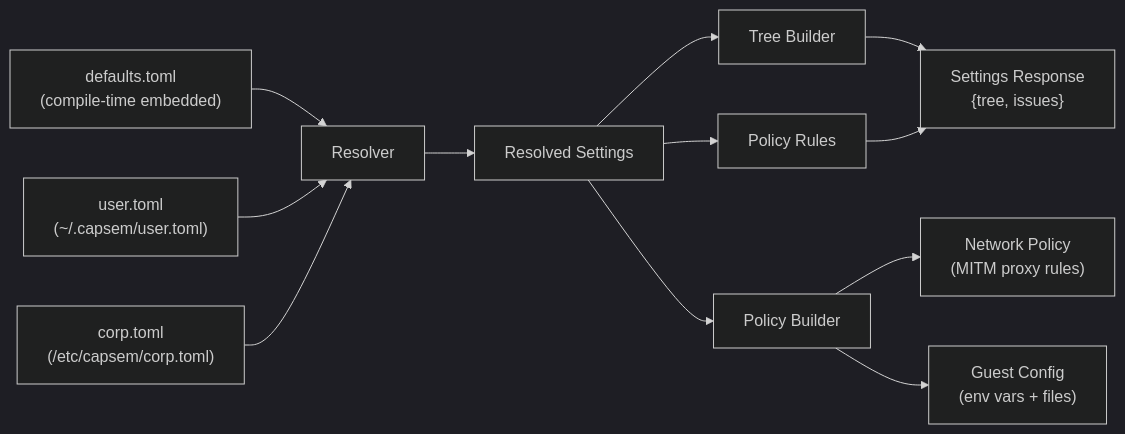
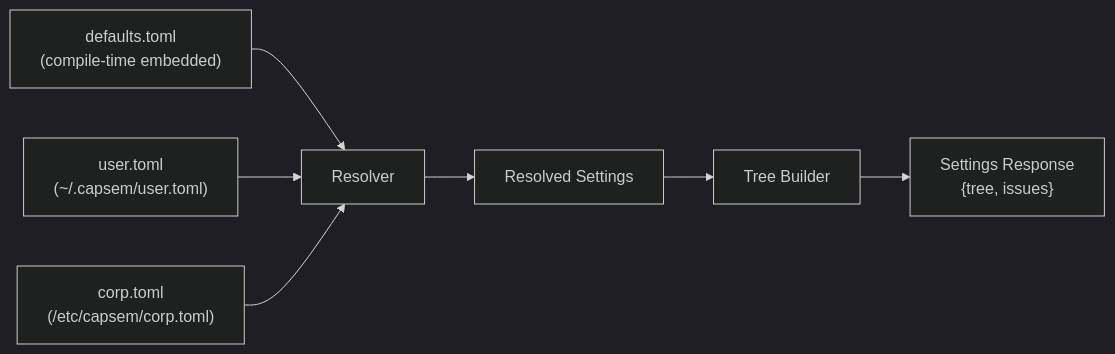
One commit to google/capsem changed the first of 6 diagrams in docs/src/content/docs/architecture/settings.md. Above: the diagram before and after it, drawn with Mermaid (dark theme). The commit also changed other lines of this file and 38 other files, not shown here.

````diff
--- a/docs/src/content/docs/architecture/settings.md
+++ b/docs/src/content/docs/architecture/settings.md
@@ -19,14 +18,9 @@
 ```mermaid
 flowchart LR
   DT["defaults.toml\n(compile-time embedded)"] --> R[Resolver]
   UT["user.toml\n(~/.capsem/user.toml)"] --> R
   CT["corp.toml\n(/etc/capsem/corp.toml)"] --> R
   R --> RS["Resolved Settings"]
   RS --> TB[Tree Builder]
-  RS --> P2["Policy Rules"]
-  RS --> PB[Policy Builder]
   TB --> SR["Settings Response\n{tree, issues}"]
-  P2 --> SR
-  PB --> NP["Network Policy\n(MITM proxy rules)"]
-  PB --> GC["Guest Config\n(env vars + files)"]
 ```
````
